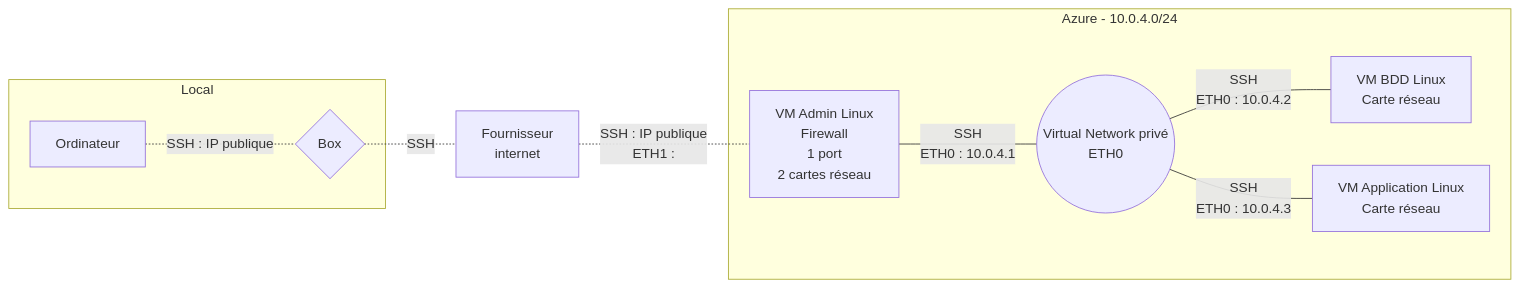
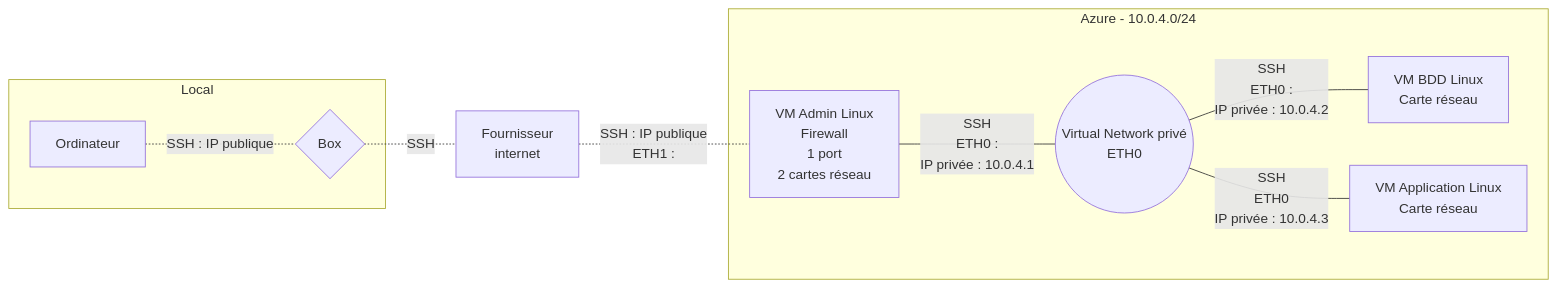
One commit to simplon-ThomasJulian/Brief2_Groupe4 changed the diagram in Brouillon.md. Above: the diagram before and after it, drawn with Mermaid.

````diff
--- a/Brouillon.md
+++ b/Brouillon.md
@@ -1,13 +1,13 @@
 ```mermaid
 flowchart LR
     subgraph Local
     Ordinateur[Ordinateur] -.-|SSH : IP publique| Box{Box}
     end
     Box -.-|SSH| Internet[Fournisseur <br /> internet]
     Internet -.-|SSH : IP publique <br /> ETH1 : | VMAdmin[VM Admin Linux <br /> Firewall <br /> 1 port <br /> 2 cartes réseau]
     subgraph Azure - 10.0.4.0/24
-    VMAdmin ---|SSH  <br /> ETH0 : 10.0.4.1| VN((Virtual Network privé <br /> ETH0))
-    VN ---|SSH  <br /> ETH0 : 10.0.4.2| BDD[VM BDD Linux <br /> Carte réseau]
-    VN ---|SSH  <br />  ETH0 : 10.0.4.3| Appli[VM Application Linux <br /> Carte réseau]
+    VMAdmin ---|SSH  <br /> ETH0 : <br /> IP privée : 10.0.4.1| VN((Virtual Network privé <br /> ETH0))
+    VN ---|SSH  <br /> ETH0 : <br /> IP privée : 10.0.4.2| BDD[VM BDD Linux <br /> Carte réseau]
+    VN ---|SSH  <br />  ETH0 <br /> IP privée : 10.0.4.3| Appli[VM Application Linux <br /> Carte réseau]
     end
 ```
````
